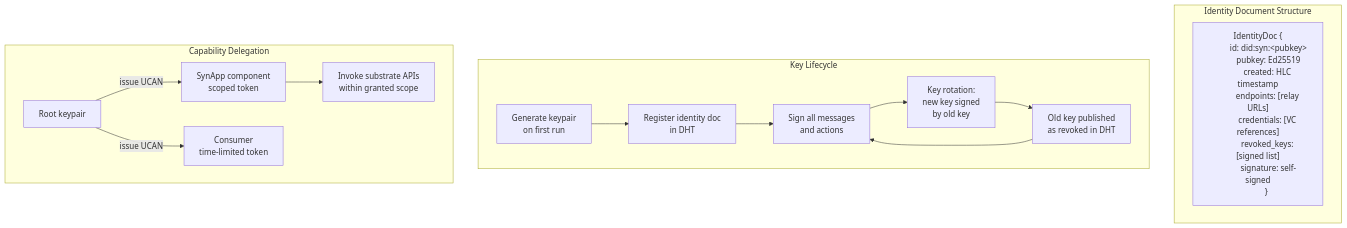
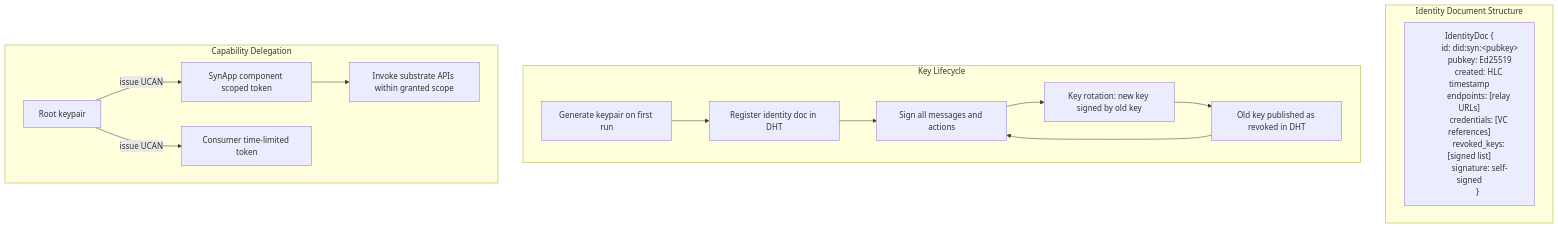
The ninth of 21 diagrams in docs/architecture.md (syneroym/syneroym), drawn with Mermaid before and after one commit. The commit also changed other lines of this file, not shown here.

````diff
--- a/docs/architecture.md
+++ b/docs/architecture.md
@@ -339,29 +338,29 @@
 ```mermaid
 flowchart TD
     subgraph IDENTITY["Identity Document Structure"]
         direction LR
         ID_DOC["IdentityDoc {
           id: did:syn:&lt;pubkey&gt;
           pubkey: Ed25519
           created: HLC timestamp
           endpoints: [relay URLs]
           credentials: [VC references]
           revoked_keys: [signed list]
           signature: self-signed
         }"]
     end
 
     subgraph LIFECYCLE["Key Lifecycle"]
-        GEN[Generate keypair\non first run] --> REG[Register identity doc\nin DHT]
-        REG --> USE[Sign all messages\nand actions]
-        USE --> ROT[Key rotation:\nnew key signed\nby old key]
-        ROT --> REV[Old key published\nas revoked in DHT]
+        GEN[Generate keypair on first run] --> REG[Register identity doc in DHT]
+        REG --> USE[Sign all messages and actions]
+        USE --> ROT[Key rotation: new key signed by old key]
+        ROT --> REV[Old key published as revoked in DHT]
         REV --> USE
     end
 
     subgraph DELEGATION["Capability Delegation"]
-        ROOT[Root keypair] -->|"issue UCAN"| APP[SynApp component\nscoped token]
-        ROOT -->|"issue UCAN"| CONSUMER_TOK[Consumer\ntime-limited token]
-        APP --> INVOKE[Invoke substrate APIs\nwithin granted scope]
+        ROOT[Root keypair] -->|"issue UCAN"| APP[SynApp component scoped token]
+        ROOT -->|"issue UCAN"| CONSUMER_TOK[Consumer time-limited token]
+        APP --> INVOKE[Invoke substrate APIs within granted scope]
     end
 ```
````
